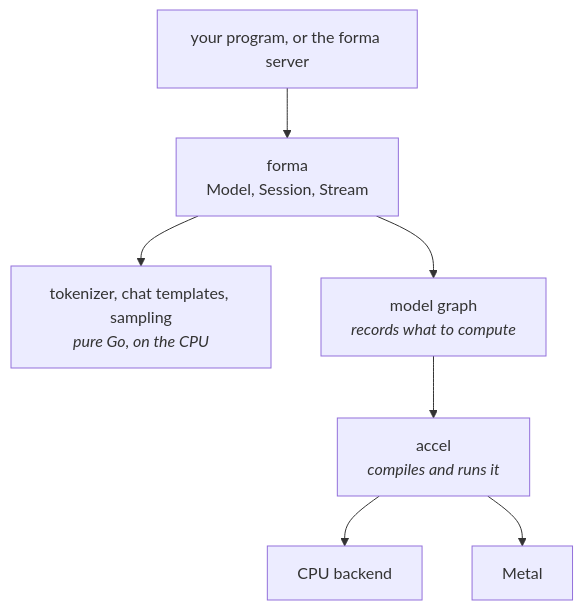
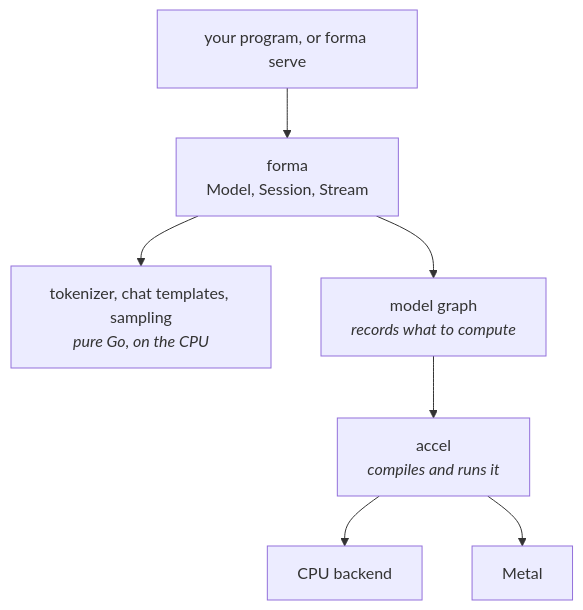
One commit to latere-ai/forma changed the diagram in docs/orientation.md. Above: the diagram before and after it, drawn with Mermaid. The commit also changed other lines of this file, not shown here.

````diff
--- a/docs/orientation.md
+++ b/docs/orientation.md
@@ -19,9 +19,9 @@
 ```mermaid
 flowchart TB
-  You["your program, or the forma server"] --> API["forma<br/>Model, Session, Stream"]
+  You["your program, or forma serve"] --> API["forma<br/>Model, Session, Stream"]
   API --> Text["tokenizer, chat templates, sampling<br/><i>pure Go, on the CPU</i>"]
   API --> Graph["model graph<br/><i>records what to compute</i>"]
   Graph --> Accel["accel<br/><i>compiles and runs it</i>"]
   Accel --> CPU["CPU backend"]
   Accel --> Metal["Metal"]
 ```
````
